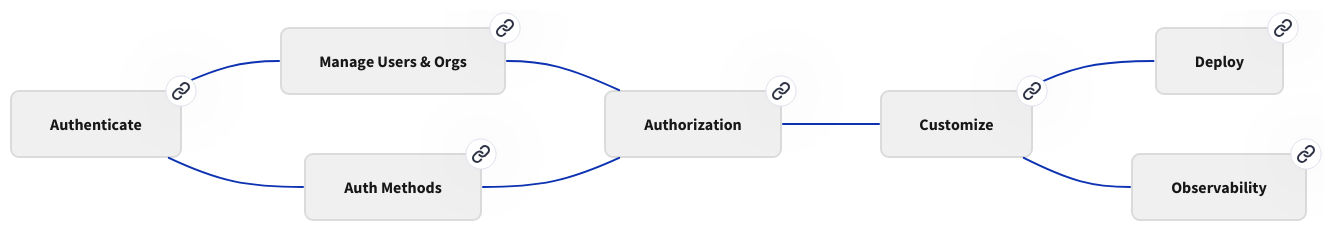
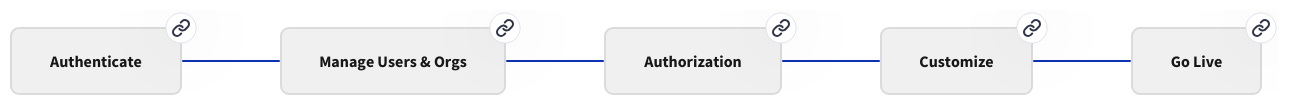
Before and after one commit to scalekit-inc/developer-docs: the diagram in src/content/docs/index.mdx, drawn with D2. The commit also changed 3 other files, not shown here.

````diff
--- a/src/content/docs/index.mdx
+++ b/src/content/docs/index.mdx
@@ -95,12 +95,6 @@
   link: "/authenticate/fsa/quickstart"
 }
 
-# Auth methods
-AuthMethods: "Auth Methods" {
-  class: primary
-  link: "/authenticate/auth-methods/passwordless"
-}
-
 # User & org management
 UserMgmt: "Manage Users & Orgs" {
   class: primary
@@ -122,25 +116,16 @@
 }
 
 # Deploy & observability
-Deploy {
+Go Live {
   class: primary
   link: "/authenticate/launch-checklist"
 }
 
 
-Observability {
-  class: primary
-  link: "/guides/dashboard/auth-logs"
-}
-
-
 # Flow connections with styling
-Authenticate -- AuthMethods
 Authenticate -- UserMgmt
 UserMgmt -- Authorization
-AuthMethods -- Authorization
 Authorization -- Customize
-Customize -- Deploy
-Customize -- Observability
+Customize -- Go Live
 
 ```
````
